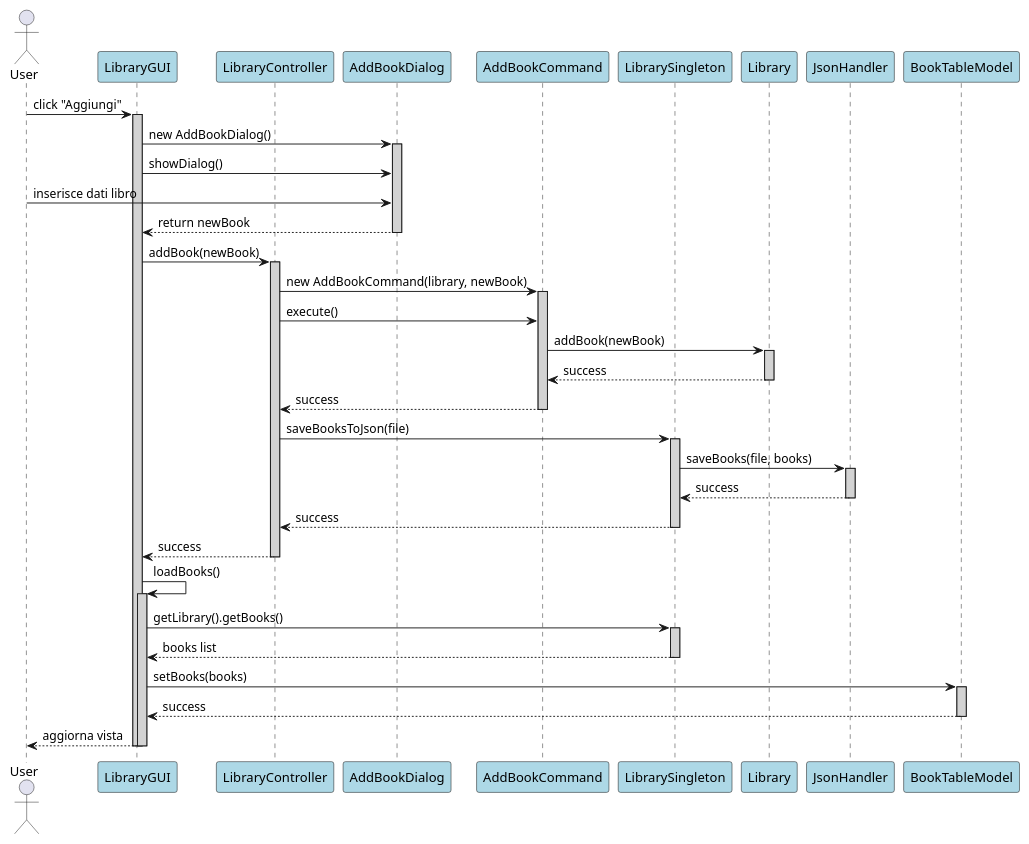
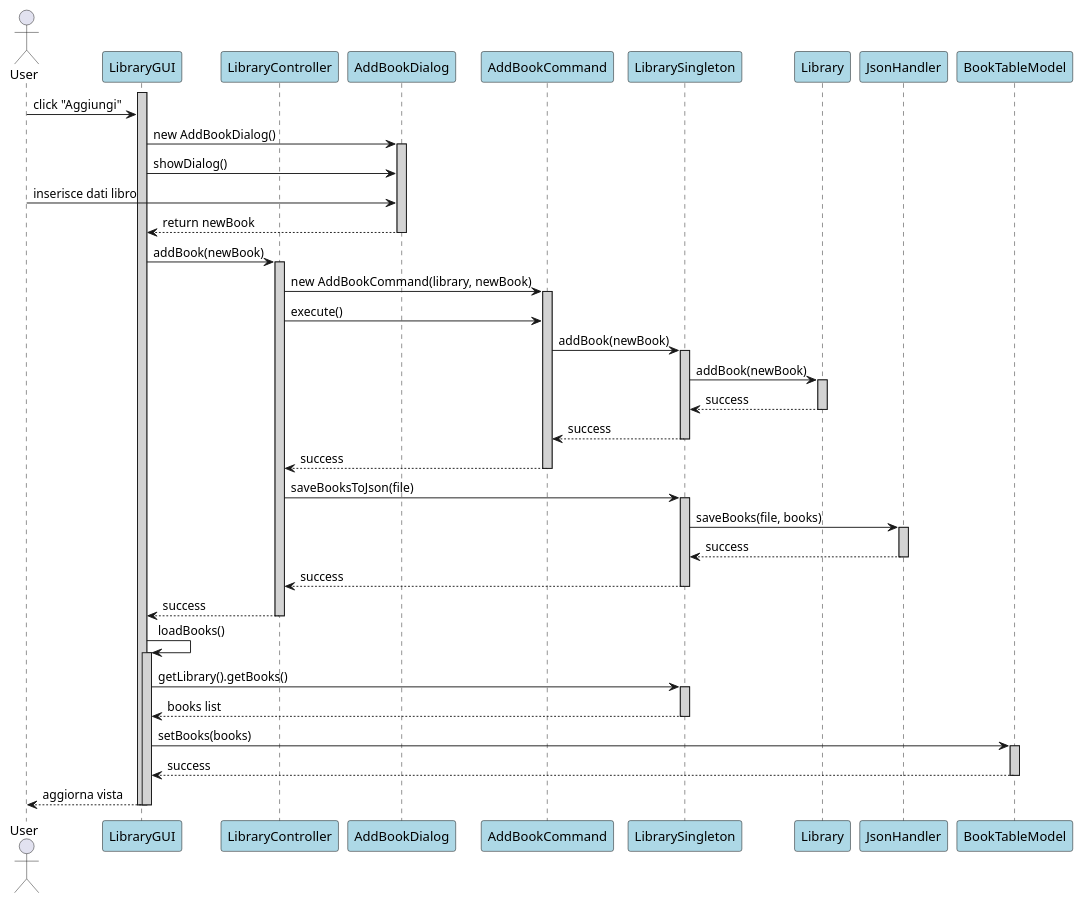
One commit to CaputoCristian/LibreriaPersonale changed the diagram in src/UML/Sequence/AddBookSequenceDiagram.puml. Above: the diagram before and after it, drawn with PlantUML. The commit also changed 24 other files, not shown here.

```diff
--- a/src/UML/Sequence/AddBookSequenceDiagram.puml
+++ b/src/UML/Sequence/AddBookSequenceDiagram.puml
@@ -1,72 +1,78 @@
 @startuml Add Book Sequence
 
 skinparam sequence {
     ParticipantBackgroundColor LightBlue
     ParticipantBorderColor Black
     LifeLineBackgroundColor LightGray
 }
 
 actor User
 participant "LibraryGUI" as GUI
 participant "LibraryController" as Controller
 participant "AddBookDialog" as Dialog
 participant "AddBookCommand" as Command
 participant "LibrarySingleton" as Singleton
 participant "Library" as Lib
 participant "JsonHandler" as Json
 participant "BookTableModel" as Model
 
+activate GUI
 User -> GUI: click "Aggiungi"
-activate GUI
 
 GUI -> Dialog: new AddBookDialog()
 activate Dialog
 GUI -> Dialog: showDialog()
 
 User -> Dialog: inserisce dati libro
 Dialog --> GUI: return newBook
 deactivate Dialog
 
 GUI -> Controller: addBook(newBook)
 activate Controller
 
 Controller -> Command: new AddBookCommand(library, newBook)
 activate Command
 
 Controller -> Command: execute()
-Command -> Lib: addBook(newBook)
+Command -> Singleton: addBook(newBook)
+activate Singleton
+
+Singleton -> Lib: addBook(newBook)
 activate Lib
-Lib --> Command: success
+Lib --> Singleton: success
 deactivate Lib
+
+Singleton --> Command: success
+deactivate Singleton
 
 Command --> Controller: success
 deactivate Command
 
 Controller -> Singleton: saveBooksToJson(file)
 activate Singleton
 Singleton -> Json: saveBooks(file, books)
 activate Json
 Json --> Singleton: success
 deactivate Json
 Singleton --> Controller: success
 deactivate Singleton
 Controller --> GUI: success
 deactivate Controller
 
 GUI -> GUI: loadBooks()
 activate GUI
 GUI -> Singleton: getLibrary().getBooks()
 activate Singleton
 Singleton --> GUI: books list
 deactivate Singleton
 
 GUI -> Model: setBooks(books)
 activate Model
 Model --> GUI: success
 deactivate Model
 
 GUI --> User: aggiorna vista
 deactivate GUI
 deactivate GUI
 
 @enduml
```
